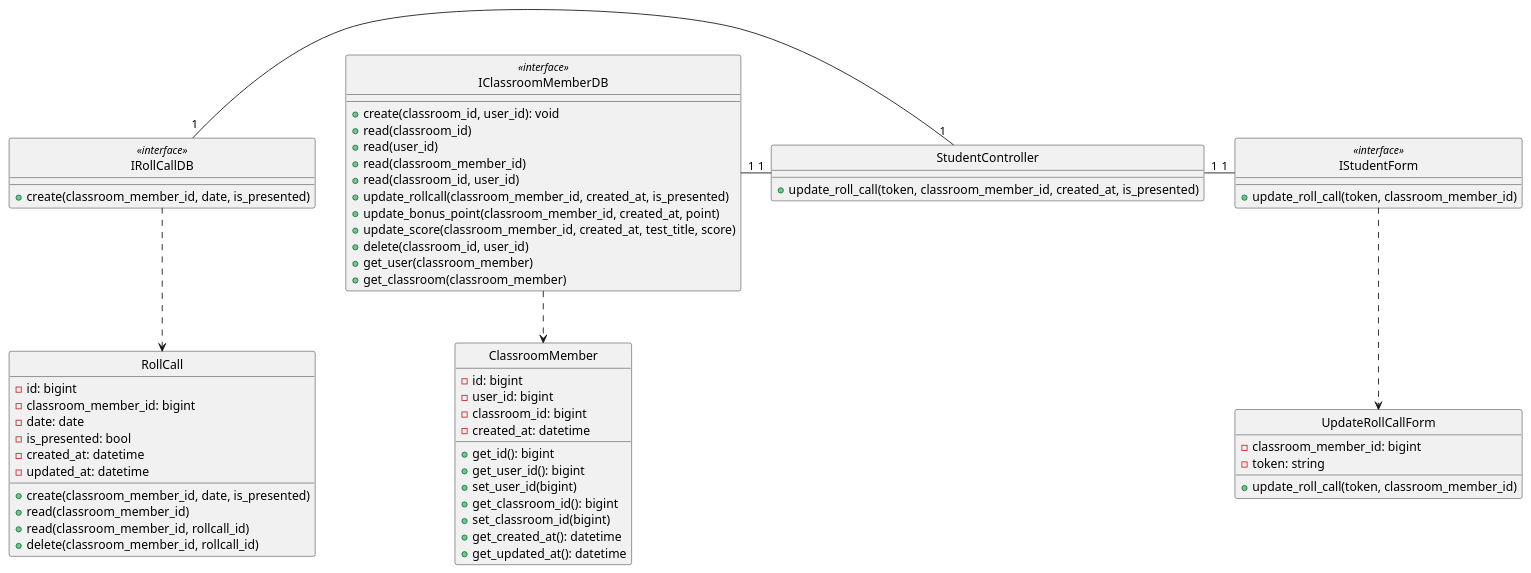
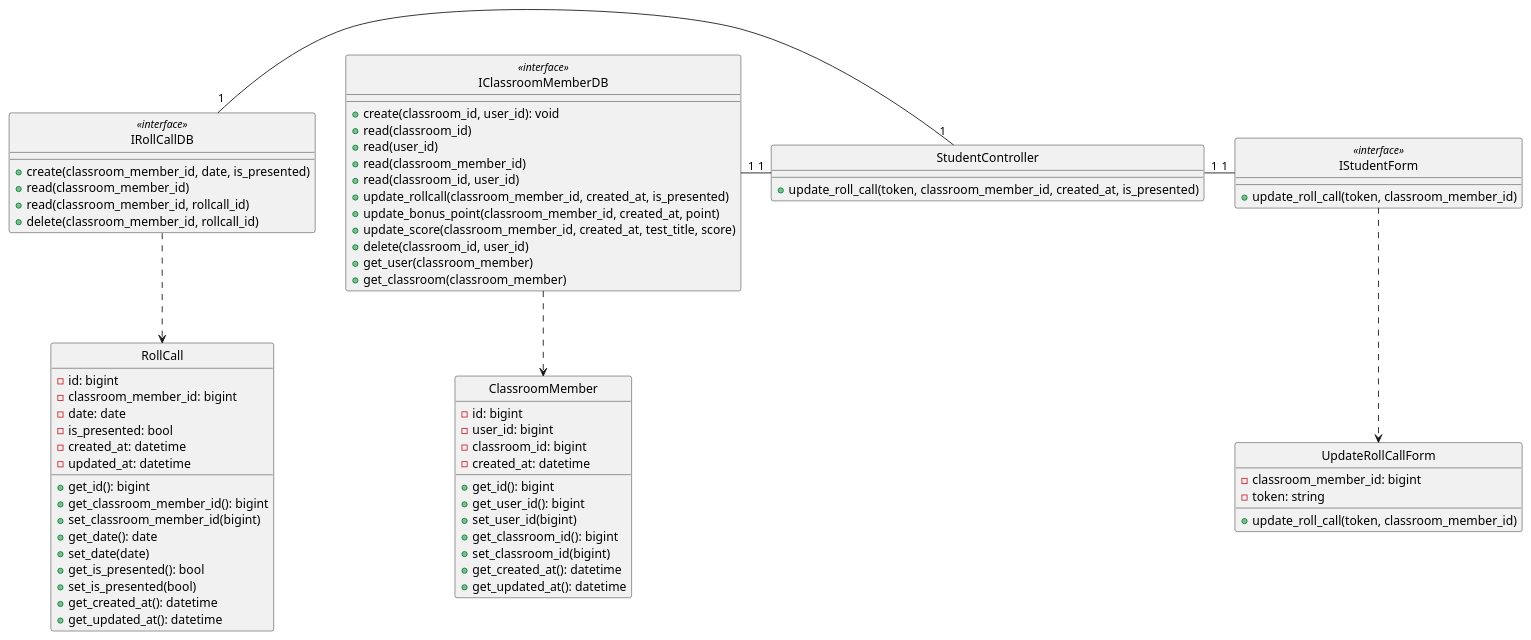
Before and after one commit to anonyhostvn/OOAD-Diagram: the diagram in class - design/rollcall/updateRollCall.plantuml, drawn with PlantUML. The commit also changed 2 other files, not shown here.

```diff
--- a/class - design/rollcall/updateRollCall.plantuml
+++ b/class - design/rollcall/updateRollCall.plantuml
@@ -1,83 +1,91 @@
 @startuml addStudent
 
 class UpdateRollCallForm {
     - classroom_member_id: bigint
     - token: string
 
     + update_roll_call(token, classroom_member_id)
 }
 
 class IStudentForm <<interface>> {
     + update_roll_call(token, classroom_member_id)
 }
 
 class StudentController {
     + update_roll_call(token, classroom_member_id, created_at, is_presented)
 }
 
 class ClassroomMember {
     - id: bigint
     - user_id: bigint
     - classroom_id: bigint
     - created_at: datetime
 
     + get_id(): bigint
     + get_user_id(): bigint
     + set_user_id(bigint)
     + get_classroom_id(): bigint
     + set_classroom_id(bigint)
     + get_created_at(): datetime
     + get_updated_at(): datetime
 }
 
 class IClassroomMemberDB <<interface>> {
     + create(classroom_id, user_id): void
     + read(classroom_id)
     + read(user_id)
     + read(classroom_member_id)
     + read(classroom_id, user_id)
     + update_rollcall(classroom_member_id, created_at, is_presented)
     + update_bonus_point(classroom_member_id, created_at, point)
     + update_score(classroom_member_id, created_at, test_title, score)
     + delete(classroom_id, user_id)
     + get_user(classroom_member)
     + get_classroom(classroom_member)
 }
 
 
 class RollCall {
     - id: bigint
     - classroom_member_id: bigint
     - date: date
     - is_presented: bool
     - created_at: datetime
     - updated_at: datetime
 
+    + get_id(): bigint
+    + get_classroom_member_id(): bigint
+    + set_classroom_member_id(bigint)
+    + get_date(): date
+    + set_date(date)
+    + get_is_presented(): bool
+    + set_is_presented(bool)
+    + get_created_at(): datetime
+    + get_updated_at(): datetime
+}
+
+class IRollCallDB <<interface>> {
     + create(classroom_member_id, date, is_presented)
     + read(classroom_member_id)
     + read(classroom_member_id, rollcall_id)
     + delete(classroom_member_id, rollcall_id)
-}
-
-class IRollCallDB <<interface>> {
-    + create(classroom_member_id, date, is_presented)
 }
 
 hide UpdateRollCallForm circle
 hide IStudentForm <<interface>> circle
 hide StudentController circle
 hide IClassroomMemberDB <<interface>> circle
 hide ClassroomMember circle
 hide IRollCallDB <<interface>> circle
 hide RollCall circle
 
 
 IStudentForm .down.> UpdateRollCallForm
 IClassroomMemberDB .down.> ClassroomMember
 IRollCallDB .down.> RollCall
 IStudentForm "1"-left-"1" StudentController
 StudentController "1"-left-"1" IClassroomMemberDB
 StudentController "1"-left-"1" IRollCallDB
 
 
 @enduml
```
